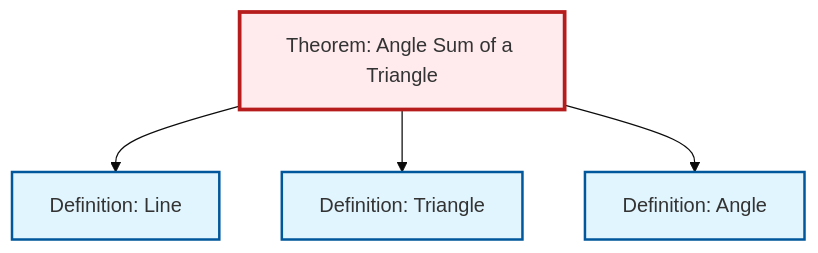
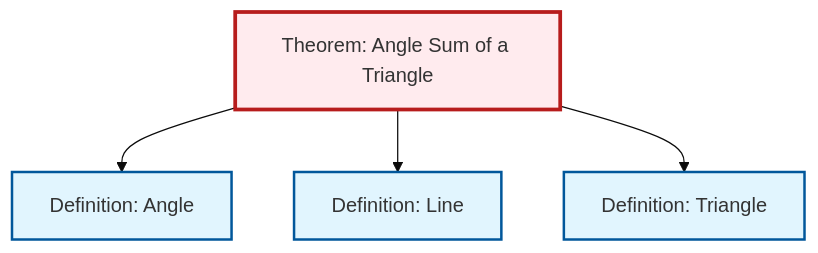
Before and after one commit to RK0429/ModernMath: the diagram in content/en/geometry/thm-angle-sum-triangle.qmd, drawn with Mermaid (base theme). The commit also changed other lines of this file and 531 other files, not shown here.

````diff
--- a/content/en/geometry/thm-angle-sum-triangle.qmd
+++ b/content/en/geometry/thm-angle-sum-triangle.qmd
@@ -57,20 +57,20 @@
 ```{mermaid}
 %%| fig-cap: "Local dependency graph"
 graph TD
     classDef definition fill:#e1f5fe,stroke:#01579b,stroke-width:2px
     classDef theorem fill:#f3e5f5,stroke:#4a148c,stroke-width:2px
     classDef axiom fill:#fff3e0,stroke:#e65100,stroke-width:2px
     classDef example fill:#e8f5e9,stroke:#1b5e20,stroke-width:2px
     classDef current fill:#ffebee,stroke:#b71c1c,stroke-width:3px
+    thm-angle-sum-triangle["Theorem: Angle Sum of a Triangle"]:::theorem
     def-angle["Definition: Angle"]:::definition
-    thm-angle-sum-triangle["Theorem: Angle Sum of a Triangle"]:::theorem
     def-line["Definition: Line"]:::definition
     def-triangle["Definition: Triangle"]:::definition
+    thm-angle-sum-triangle --> def-angle
     thm-angle-sum-triangle --> def-line
     thm-angle-sum-triangle --> def-triangle
-    thm-angle-sum-triangle --> def-angle
     class thm-angle-sum-triangle current
     click def-angle "def-angle.html" "Go to Angle definition"
     click def-line "def-line.html" "Go to Line definition"
     click def-triangle "def-triangle.html" "Go to Triangle definition"
 ```
````
